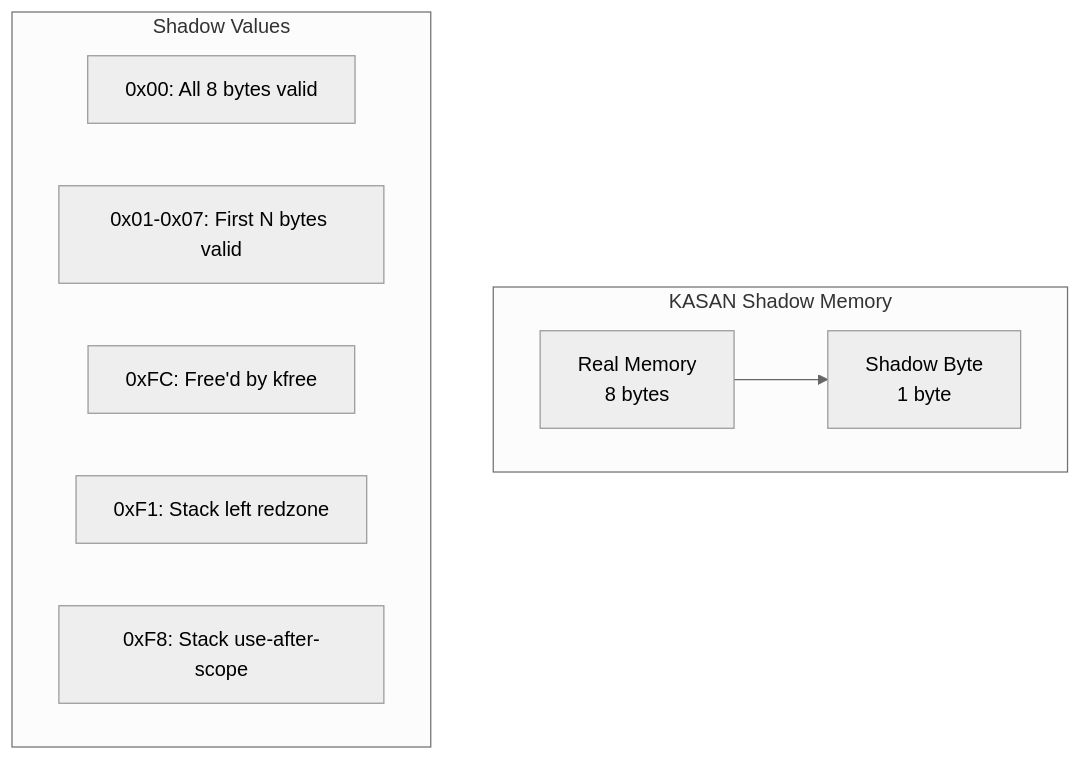
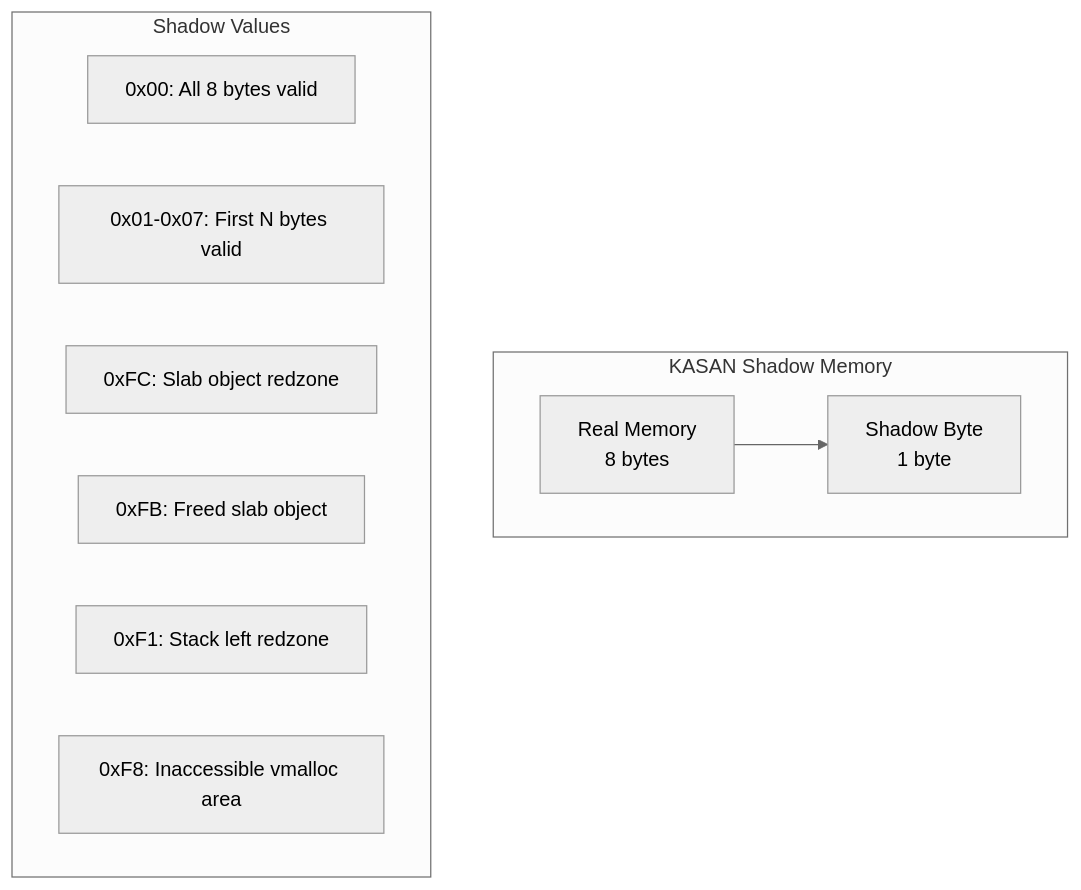
Diagram 29 of 36 in agents/claude/skills/aosp-native-foundation/08-memory-management.md (aospbooks/aosp-internal-book), drawn with Mermaid (neutral theme) before and after one commit. The commit also changed other lines of this file and 218 other files, not shown here.

````diff
--- a/agents/claude/skills/aosp-native-foundation/08-memory-management.md
+++ b/agents/claude/skills/aosp-native-foundation/08-memory-management.md
@@ -3152,17 +3255,18 @@
 ```mermaid
 graph TD
     subgraph "KASAN Shadow Memory"
         Real["Real Memory<br/>8 bytes"]
         Shadow["Shadow Byte<br/>1 byte"]
     end
 
     Real --> Shadow
 
     subgraph "Shadow Values"
         V0["0x00: All 8 bytes valid"]
         V1["0x01-0x07: First N bytes valid"]
-        VN["0xFC: Free'd by kfree"]
+        VN["0xFC: Slab object redzone"]
+        VF["0xFB: Freed slab object"]
         VA["0xF1: Stack left redzone"]
-        VB["0xF8: Stack use-after-scope"]
+        VB["0xF8: Inaccessible vmalloc area"]
     end
 ```
````
